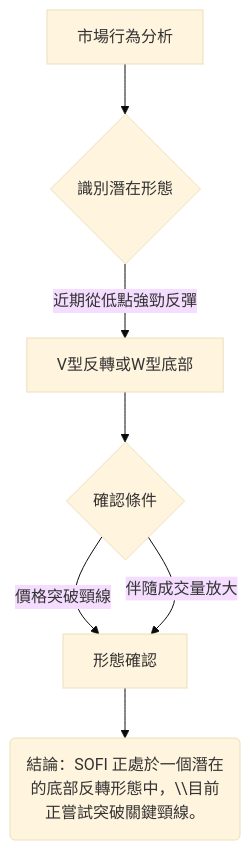
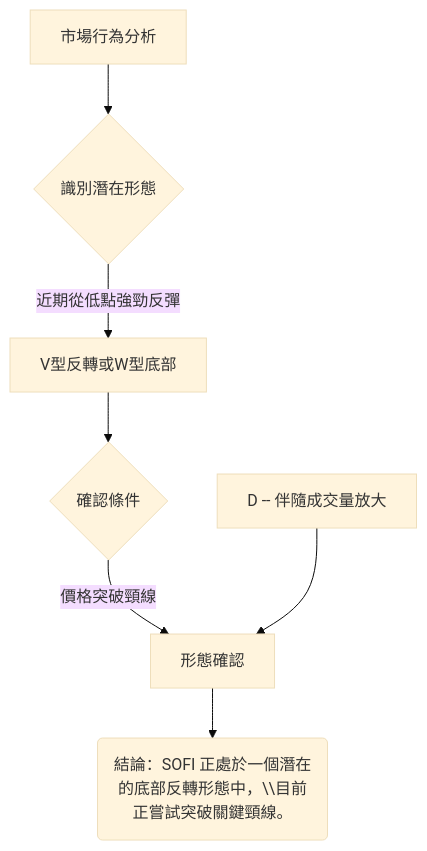
The fourth of 4 diagrams in ai_gen_report/stock/sofi/technical_analysis_2026-05-29_gemini.md (yennanliu/finance_data), drawn with Mermaid (base theme) before and after one commit. The commit also changed other lines of this file and 2258 other files, not shown here.

First line of the commit message:
chore: backfill Mermaid syntax repair across existing reports

````diff
--- a/ai_gen_report/stock/sofi/technical_analysis_2026-05-29_gemini.md
+++ b/ai_gen_report/stock/sofi/technical_analysis_2026-05-29_gemini.md
@@ -278,9 +278,9 @@
 ```mermaid
 graph TD
-    A[市場行為分析] --> B{識別潛在形態}
-    B -- 近期從低點強勁反彈 --> C[V型反轉或W型底部]
-    C --> D{確認條件}
-    D -- 價格突破頸線 --> E[形態確認]
-    D -- 伴隨成交量放大 --> E
-    E --> F(結論：SOFI 正處於一個潛在的底部反轉形態中，\\目前正嘗試突破關鍵頸線。)
+    A["市場行為分析"] --> B{"識別潛在形態"}
+    B -- 近期從低點強勁反彈 --> C["V型反轉或W型底部"]
+    C --> D{"確認條件"}
+    D -- 價格突破頸線 --> E["形態確認"]
+    nb1["D -- 伴隨成交量放大"] --> E
+    E --> F("結論：SOFI 正處於一個潛在的底部反轉形態中，\\目前正嘗試突破關鍵頸線。")
 ```
````
